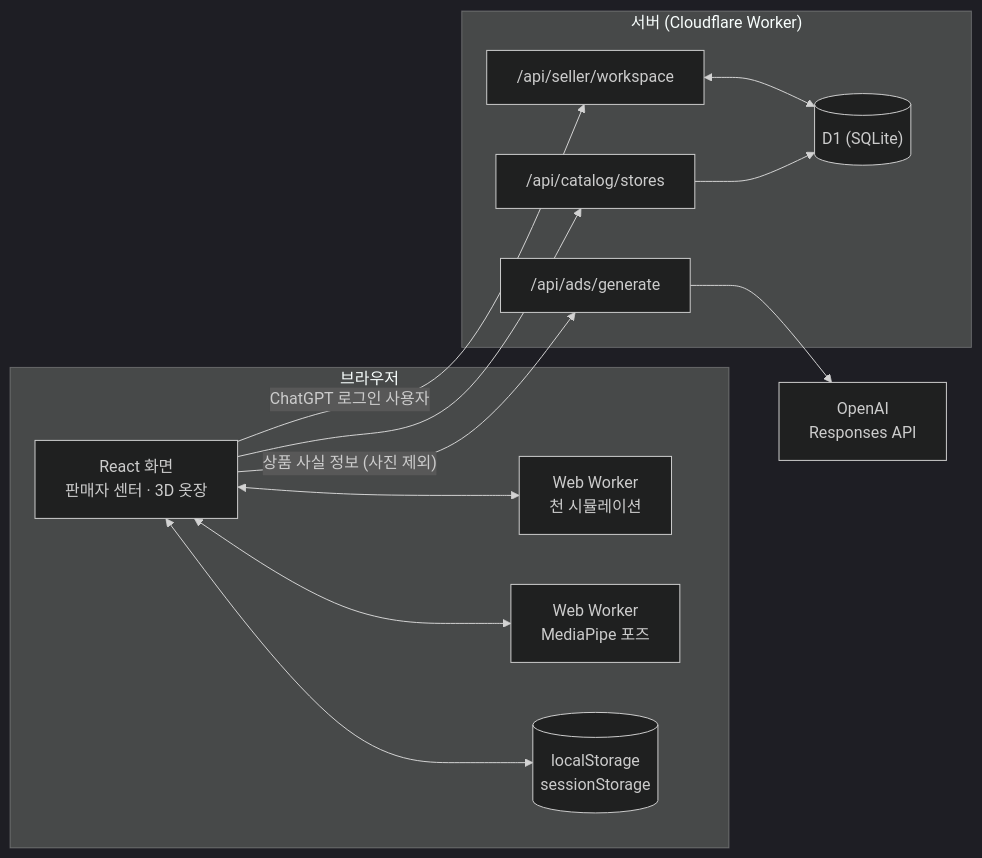
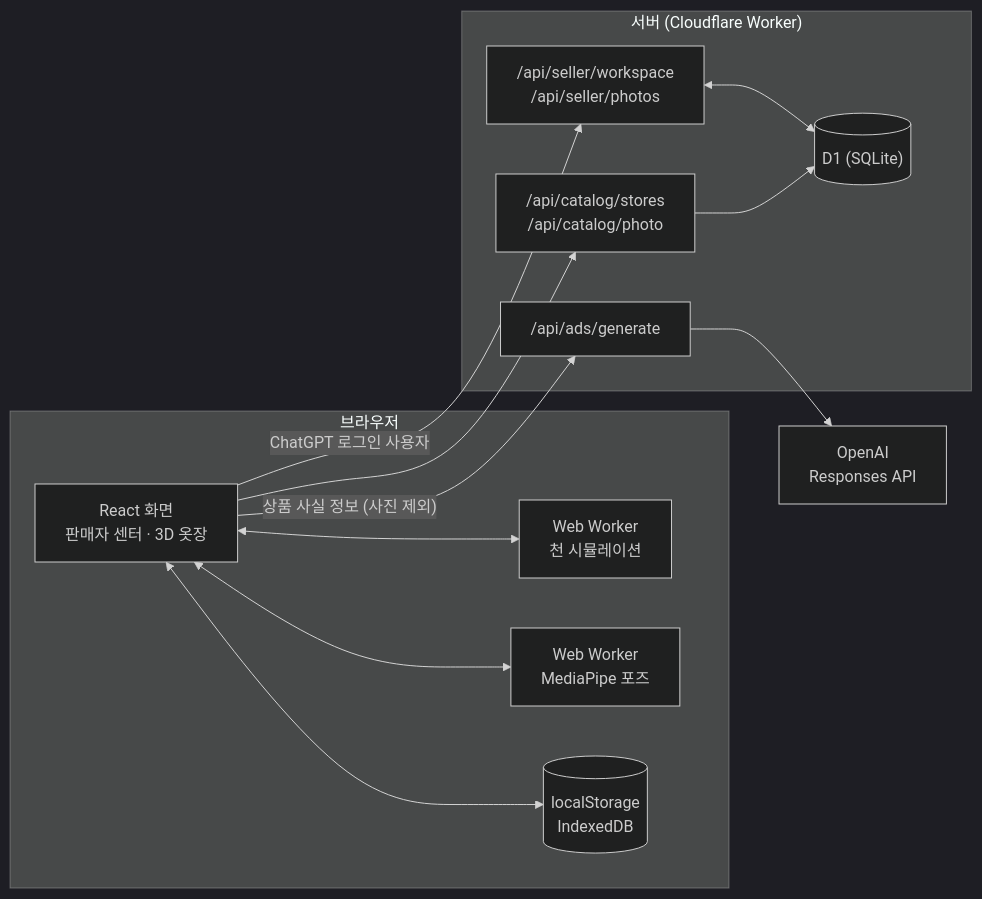
The first of 2 diagrams in docs/ARCHITECTURE.md (cjkj1234/fitroom), drawn with Mermaid (dark theme) before and after one commit. The commit also changed other lines of this file and 2 other files, not shown here.

````diff
--- a/docs/ARCHITECTURE.md
+++ b/docs/ARCHITECTURE.md
@@ -14,23 +14,23 @@
 ```mermaid
 flowchart LR
     subgraph browser["브라우저"]
         UI["React 화면<br/>판매자 센터 · 3D 옷장"]
         DW["Web Worker<br/>천 시뮬레이션"]
         PW["Web Worker<br/>MediaPipe 포즈"]
-        LS[("localStorage<br/>sessionStorage")]
+        LS[("localStorage<br/>IndexedDB")]
     end
     subgraph server["서버 (Cloudflare Worker)"]
         AD["/api/ads/generate"]
-        WS["/api/seller/workspace"]
-        CAT["/api/catalog/stores"]
+        WS["/api/seller/workspace<br/>/api/seller/photos"]
+        CAT["/api/catalog/stores<br/>/api/catalog/photo"]
         D1[("D1 (SQLite)")]
     end
     OAI["OpenAI<br/>Responses API"]
 
     UI <--> DW
     UI <--> PW
     UI <--> LS
     UI -- "상품 사실 정보 (사진 제외)" --> AD --> OAI
     UI -- "ChatGPT 로그인 사용자" --> WS <--> D1
     UI --> CAT --> D1
 ```
````
